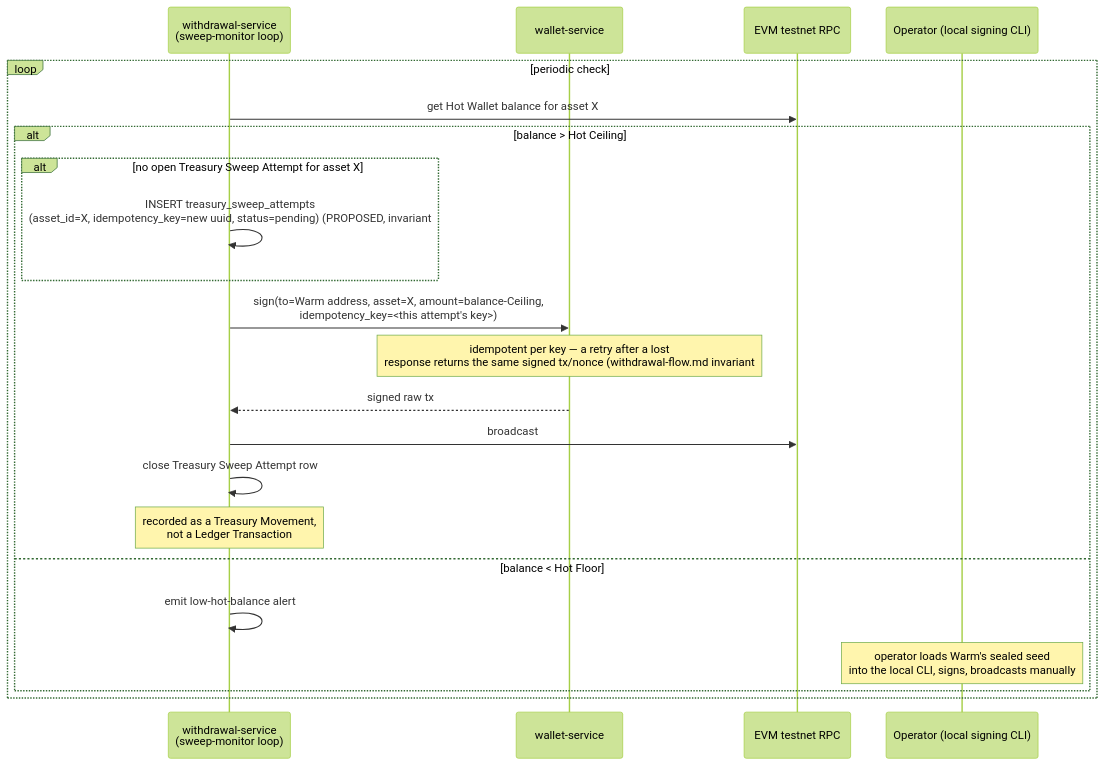
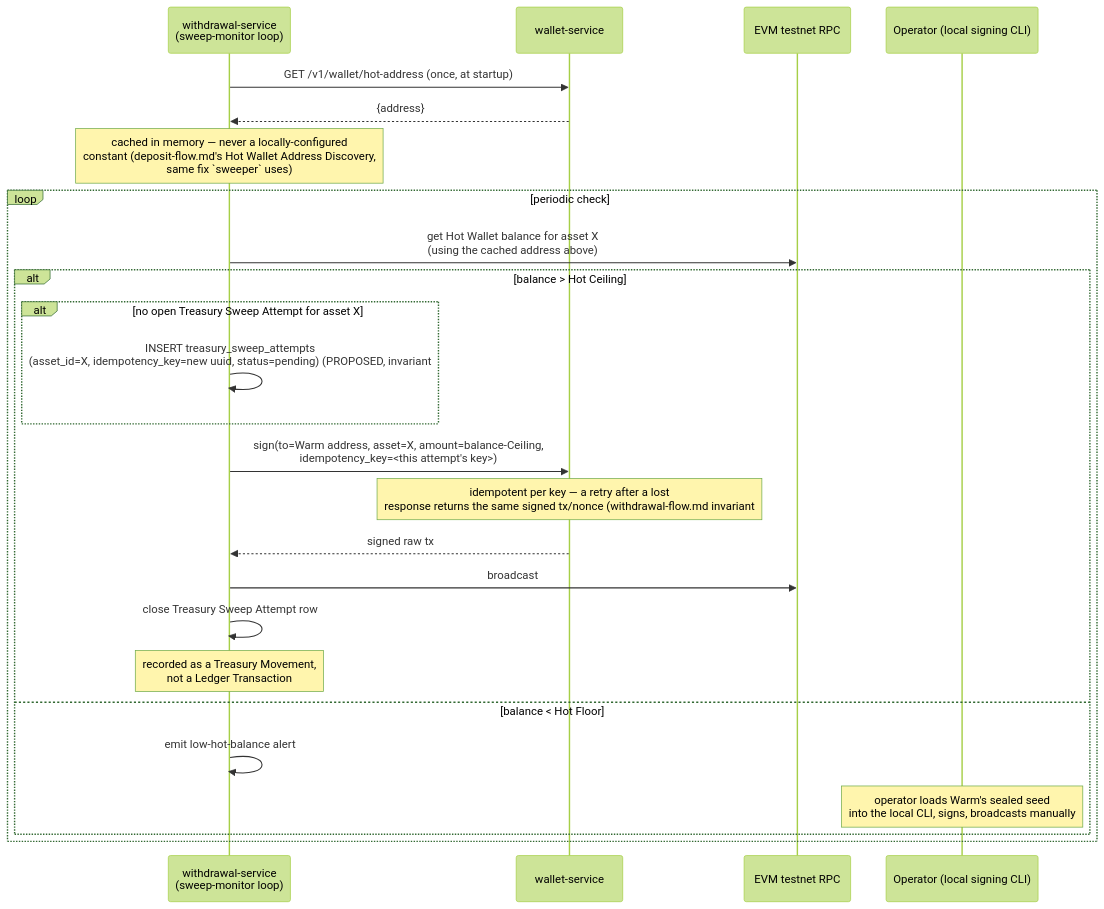
The second of 2 diagrams in docs/design/wallet-tiering.md (VuKhuongDuy/DigiWal), drawn with Mermaid (forest theme) before and after one commit. The commit also changed other lines of this file and 4 other files, not shown here.

First line of the commit message:
deposit-flow, integration-contracts, wallet-tiering, service-auth-mtls: close 6 gaps from Tech Lead review

````diff
--- a/docs/design/wallet-tiering.md
+++ b/docs/design/wallet-tiering.md
@@ -174,25 +183,29 @@
 ```mermaid
 sequenceDiagram
     participant Monitor as withdrawal-service<br/>(sweep-monitor loop)
     participant Wallet as wallet-service
     participant RPC as EVM testnet RPC
     participant Op as Operator (local signing CLI)
 
+    Monitor->>Wallet: GET /v1/wallet/hot-address (once, at startup)
+    Wallet-->>Monitor: {address}
+    Note over Monitor: cached in memory — never a locally-configured<br/>constant (deposit-flow.md's Hot Wallet Address Discovery,<br/>same fix `sweeper` uses)
+
     loop periodic check
-        Monitor->>RPC: get Hot Wallet balance for asset X
+        Monitor->>RPC: get Hot Wallet balance for asset X<br/>(using the cached address above)
         alt balance > Hot Ceiling
             alt no open Treasury Sweep Attempt for asset X
                 Monitor->>Monitor: INSERT treasury_sweep_attempts<br/>(asset_id=X, idempotency_key=new uuid, status=pending) (PROPOSED, invariant #6)
             end
             Monitor->>Wallet: sign(to=Warm address, asset=X, amount=balance-Ceiling,<br/>idempotency_key=<this attempt's key>)
             Note over Wallet: idempotent per key — a retry after a lost<br/>response returns the same signed tx/nonce (withdrawal-flow.md invariant #16)
             Wallet-->>Monitor: signed raw tx
             Monitor->>RPC: broadcast
             Monitor->>Monitor: close Treasury Sweep Attempt row
             Note over Monitor: recorded as a Treasury Movement,<br/>not a Ledger Transaction
         else balance < Hot Floor
             Monitor->>Monitor: emit low-hot-balance alert
             Note over Op: operator loads Warm's sealed seed<br/>into the local CLI, signs, broadcasts manually
         end
     end
 ```
````
